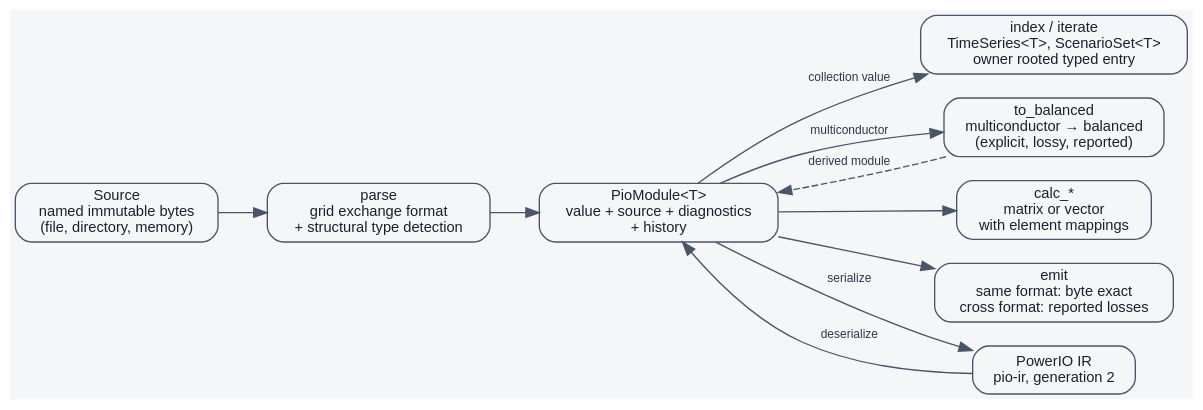
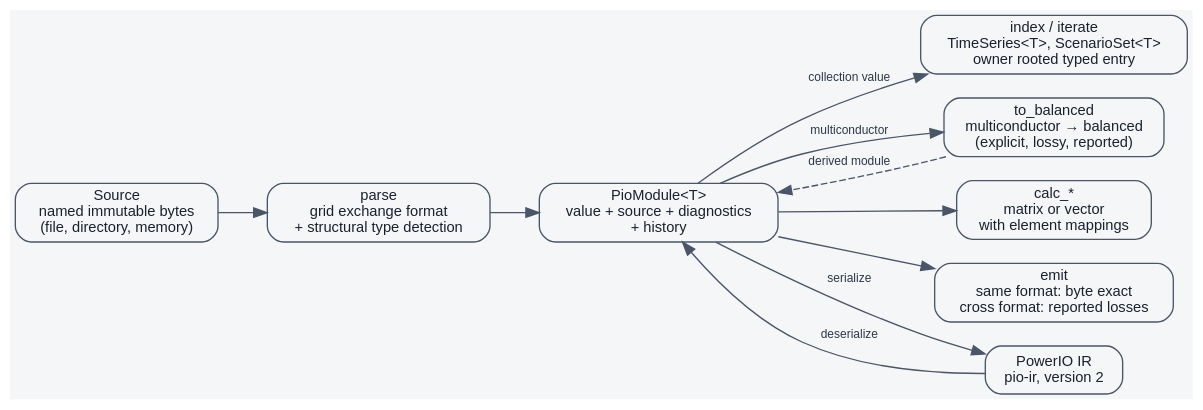
The diagram in docs/diagrams/dataflow.dot (eigenergy/powerio), drawn with Graphviz before and after one commit. The commit also changed 27 other files, not shown here.

```diff
--- a/docs/diagrams/dataflow.dot
+++ b/docs/diagrams/dataflow.dot
@@ -1,30 +1,30 @@
 // The parse-to-emit data flow: acquisition, parse, the typed module, explicit
 // transformations, calculations, emission, and PowerIO IR. Nodes are operations and data,
 // not crates, so the checker validates only its syntax and generation.
 digraph powerio_dataflow {
     rankdir = LR;
     bgcolor = "#f4f6f8";
     node [shape = box, style = "rounded,filled", fillcolor = "#f4f6f8",
           color = "#4a5568", fontname = "Helvetica", fontsize = 11,
           fontcolor = "#1a202c"];
     edge [color = "#4a5568", fontname = "Helvetica", fontsize = 9,
           fontcolor = "#2d3748"];
 
     source [label = "Source\nnamed immutable bytes\n(file, directory, memory)"];
     parse [label = "parse\ngrid exchange format\n+ structural type detection"];
     module [label = "PioModule<T>\nvalue + source + diagnostics\n+ history"];
     access [label = "index / iterate\nTimeSeries<T>, ScenarioSet<T>\nowner rooted typed entry"];
     transform [label = "to_balanced\nmulticonductor → balanced\n(explicit, lossy, reported)"];
     matrices [label = "calc_*\nmatrix or vector\nwith element mappings"];
     emit [label = "emit\nsame format: byte exact\ncross format: reported losses"];
-    stored [label = "PowerIO IR\npio-ir, generation 2"];
+    stored [label = "PowerIO IR\npio-ir, version 2"];
 
     source -> parse -> module;
     module -> access [label = "collection value"];
     module -> transform [label = "multiconductor"];
     transform -> module [style = dashed, label = "derived module"];
     module -> matrices;
     module -> emit;
     module -> stored [label = "serialize"];
     stored -> module [label = "deserialize"];
 }
```
